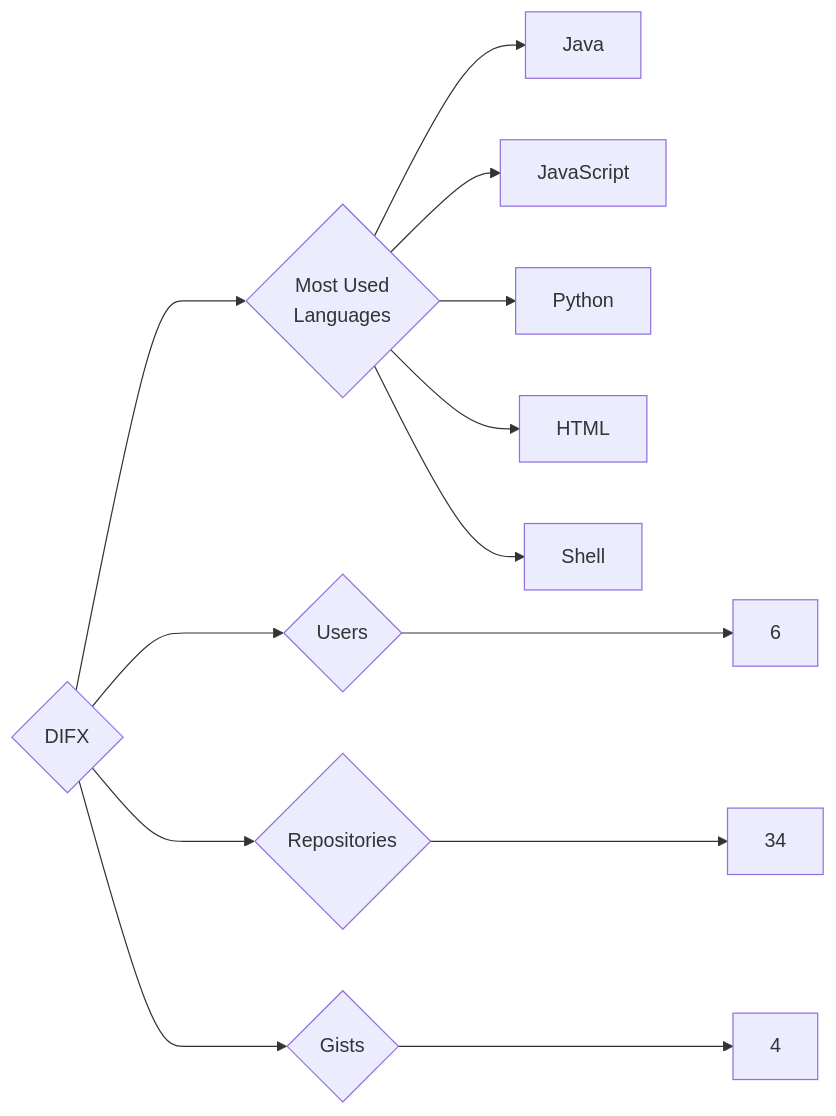
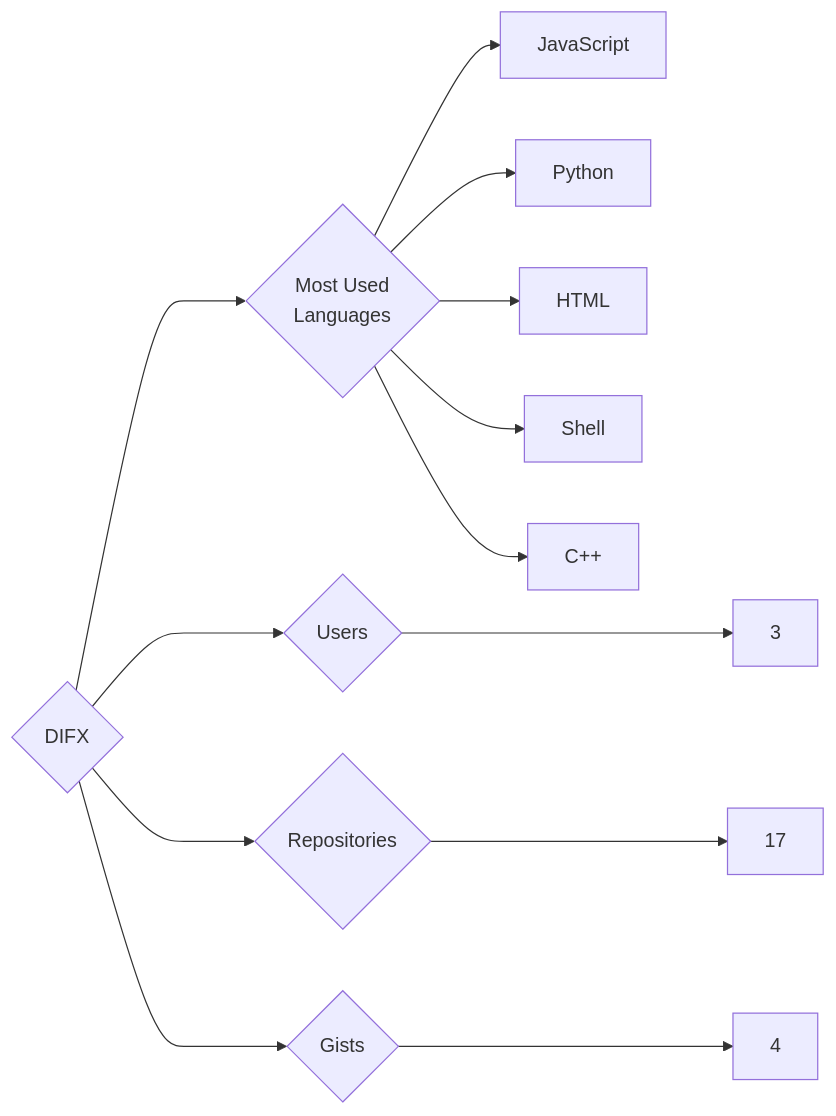
The diagram in targets/DIFX/README.md (trickest/insiders), drawn with Mermaid before and after one commit. The commit also changed 912 other files, not shown here.

````diff
--- a/targets/DIFX/README.md
+++ b/targets/DIFX/README.md
@@ -3,13 +3,13 @@
 ```mermaid
 graph LR
 COMPANY_NAME{DIFX}
-COMPANY_NAME ---> U{Users} ---> UN[6]
-COMPANY_NAME ---> R{Repositories} ---> RN[34]
+COMPANY_NAME ---> U{Users} ---> UN[3]
+COMPANY_NAME ---> R{Repositories} ---> RN[17]
 COMPANY_NAME ---> G{Gists} ---> GN[4]
 COMPANY_NAME ---> ML{Most Used<br>Languages}
-ML --> Java[Java]
 ML --> JavaScript[JavaScript]
 ML --> Python[Python]
 ML --> HTML[HTML]
 ML --> Shell[Shell]
+ML --> C++[C++]
 ```
````
